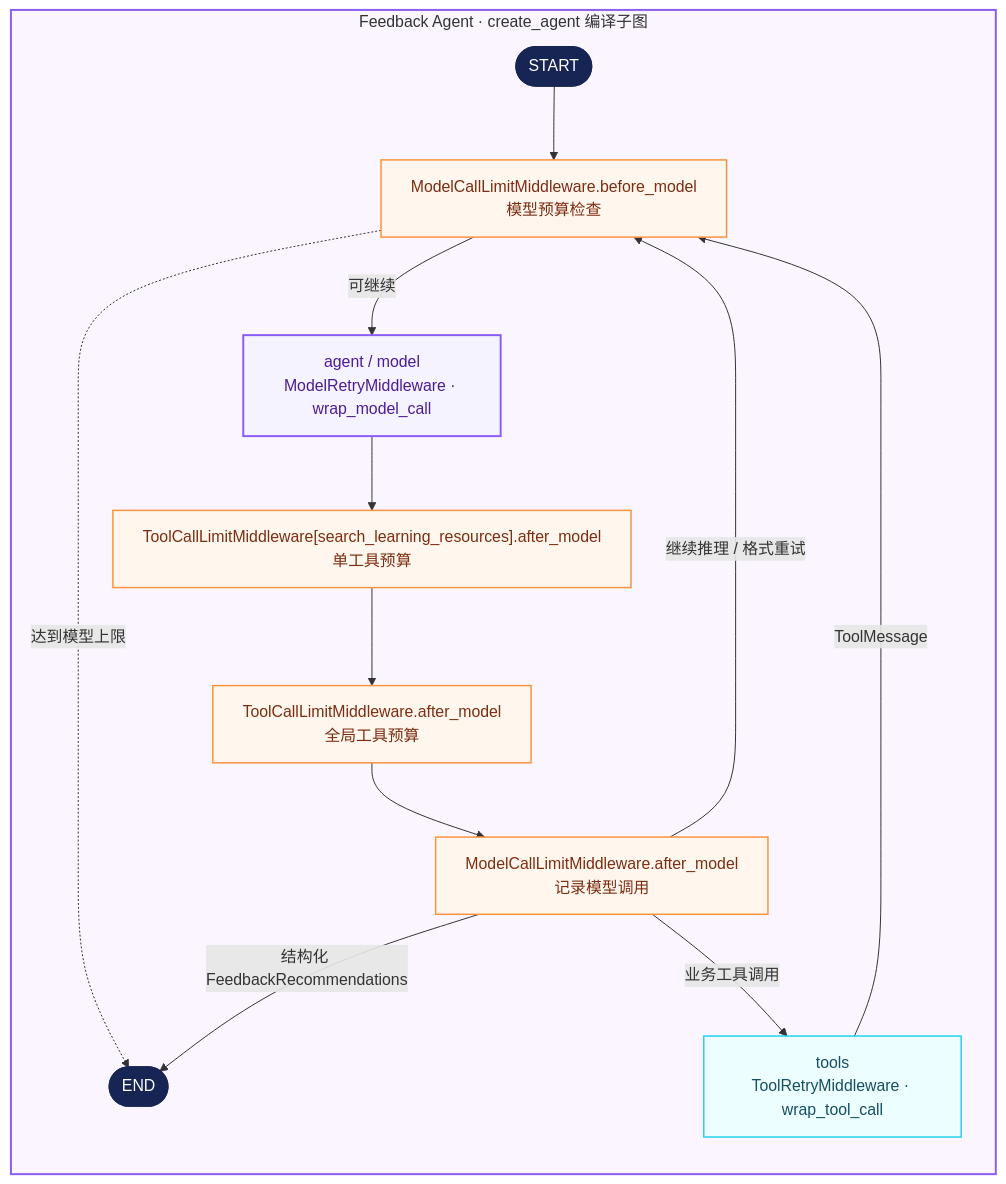
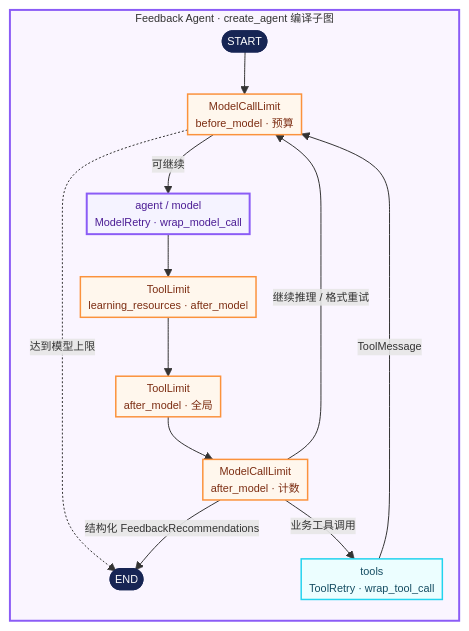
The third of 4 diagrams in README.md (Lucky-LMC/AI-Interview), drawn with Mermaid before and after one commit. The commit also changed other lines of this file, not shown here.

Commit message:
docs: compact architecture diagrams

````diff
--- a/README.md
+++ b/README.md
@@ -97,28 +99,29 @@
 ```mermaid
+%%{init: {"flowchart": {"nodeSpacing": 14, "rankSpacing": 18, "padding": 4}, "themeVariables": {"fontSize": "11px"}}}%%
 flowchart TB
     subgraph feedback_graph["Feedback Agent · create_agent 编译子图"]
         direction TB
-        start_f([START]) --> before_f["ModelCallLimitMiddleware.before_model<br/>模型预算检查"]
-        before_f -- 可继续 --> agent_f["agent / model<br/>ModelRetryMiddleware · wrap_model_call"]
+        start_f([START]) --> before_f["ModelCallLimit<br/>before_model · 预算"]
+        before_f -- 可继续 --> agent_f["agent / model<br/>ModelRetry · wrap_model_call"]
         before_f -. 达到模型上限 .-> end_f([END])
-        agent_f --> tool_f["ToolCallLimitMiddleware[search_learning_resources].after_model<br/>单工具预算"]
-        tool_f --> global_f["ToolCallLimitMiddleware.after_model<br/>全局工具预算"]
-        global_f --> after_f["ModelCallLimitMiddleware.after_model<br/>记录模型调用"]
-        after_f -- 业务工具调用 --> tools_f["tools<br/>ToolRetryMiddleware · wrap_tool_call"]
+        agent_f --> tool_f["ToolLimit<br/>learning_resources · after_model"]
+        tool_f --> global_f["ToolLimit<br/>after_model · 全局"]
+        global_f --> after_f["ModelCallLimit<br/>after_model · 计数"]
+        after_f -- 业务工具调用 --> tools_f["tools<br/>ToolRetry · wrap_tool_call"]
         tools_f -- ToolMessage --> before_f
         after_f -- 结构化 FeedbackRecommendations --> end_f([END])
         after_f -- 继续推理 / 格式重试 --> before_f
     end
 
     classDef terminal fill:#172554,color:#ffffff,stroke:#172554,stroke-width:2px;
     classDef middleware fill:#fff7ed,color:#7c2d12,stroke:#fb923c,stroke-width:1.5px;
     classDef agentCore fill:#f5f3ff,color:#4c1d95,stroke:#8b5cf6,stroke-width:2px;
     classDef tool fill:#ecfeff,color:#164e63,stroke:#22d3ee,stroke-width:1.5px;
 
     class start_f,end_f terminal;
     class before_f,tool_f,global_f,after_f middleware;
     class agent_f agentCore;
     class tools_f tool;
 
     style feedback_graph fill:#faf5ff,stroke:#8b5cf6,stroke-width:2px;
 ```
````
